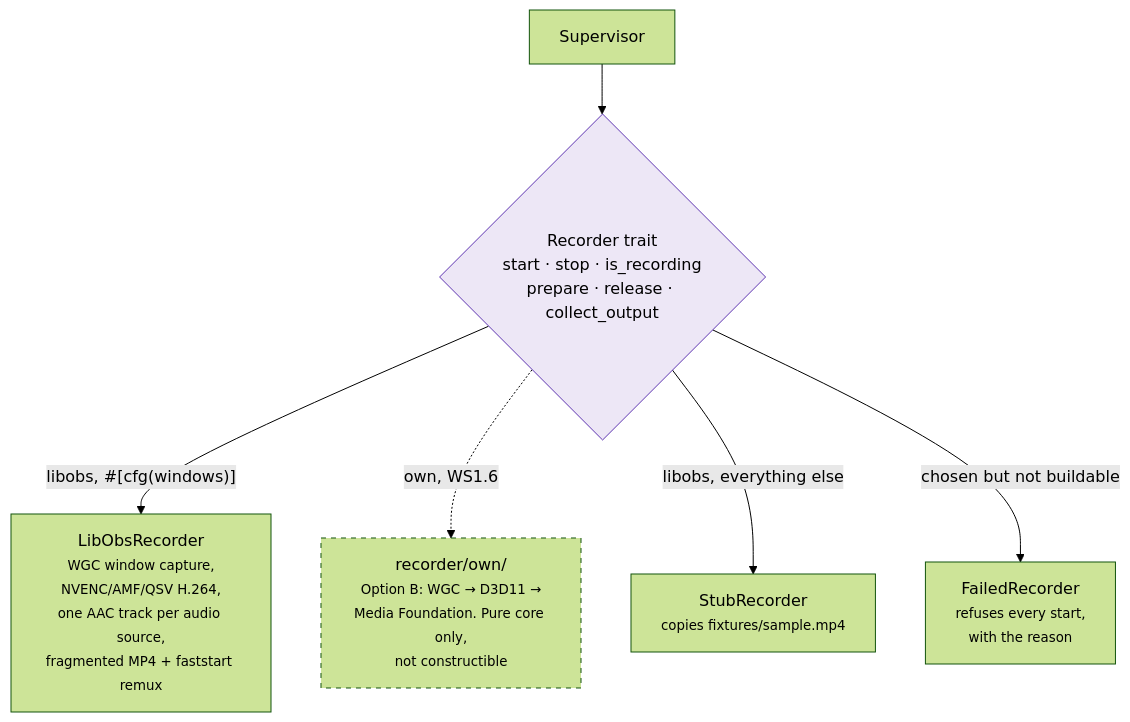
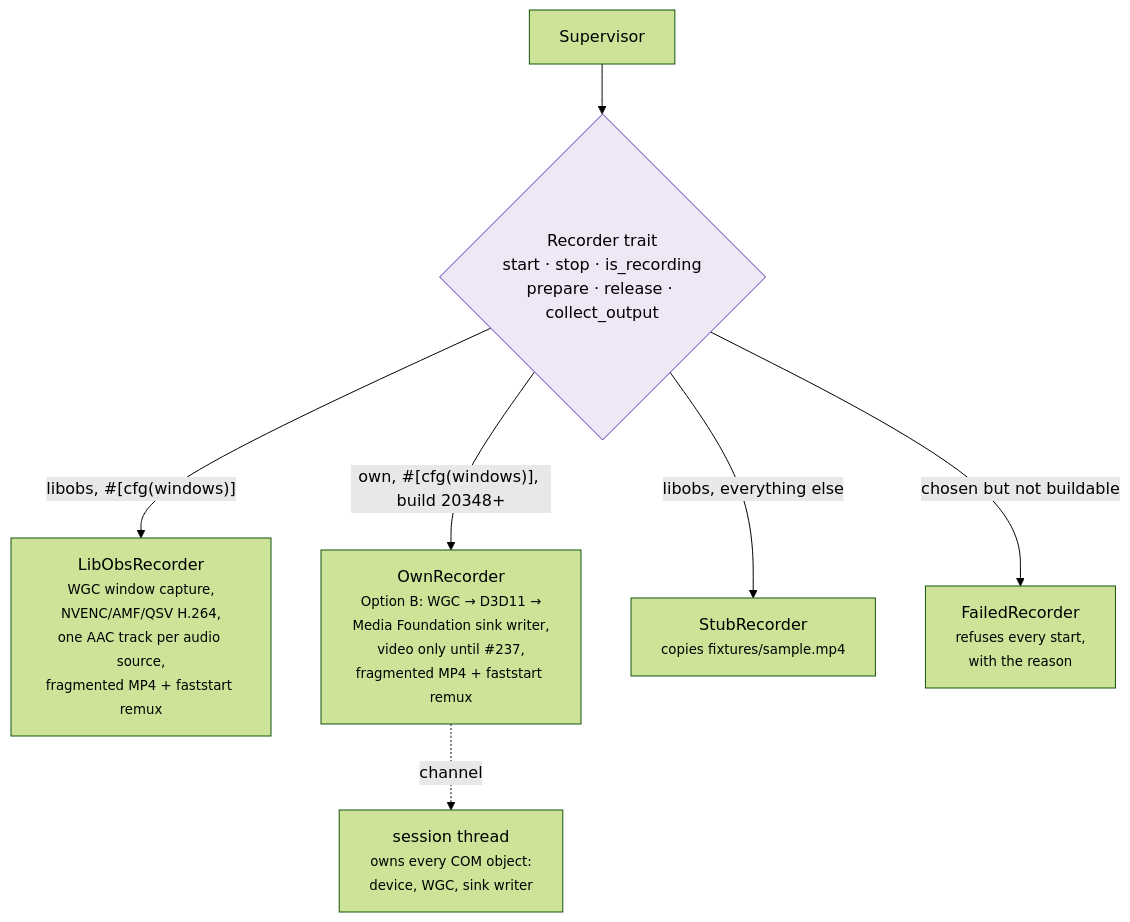
Before and after one commit to NinjaGoldfinch/ninja-recorder: the third of 8 diagrams in docs/architecture.md, drawn with Mermaid (forest theme). The commit also changed other lines of this file and 22 other files, not shown here.

First line of the commit message:
feat(recorder): WGC video into a fragmented MP4 on the own backend (WS1.6.4) (#247)

````diff
--- a/docs/architecture.md
+++ b/docs/architecture.md
@@ -151,10 +153,10 @@
 ```mermaid
 flowchart TB
     SUP["Supervisor"] --> T{"Recorder trait<br/>start · stop · is_recording<br/>prepare · release · collect_output"}
     T -->|"libobs, #[cfg(windows)]"| L["LibObsRecorder<br/><small>WGC window capture,<br/>NVENC/AMF/QSV H.264,<br/>one AAC track per audio source,<br/>fragmented MP4 + faststart remux</small>"]
-    T -.->|"own, WS1.6"| O["recorder/own/<br/><small>Option B: WGC → D3D11 →<br/>Media Foundation. Pure core only,<br/>not constructible</small>"]
+    T -->|"own, #[cfg(windows)], build 20348+"| O["OwnRecorder<br/><small>Option B: WGC → D3D11 →<br/>Media Foundation sink writer,<br/>video only until #237,<br/>fragmented MP4 + faststart remux</small>"]
+    O -.->|"channel"| SES["session thread<br/><small>owns every COM object:<br/>device, WGC, sink writer</small>"]
     T -->|"libobs, everything else"| S["StubRecorder<br/><small>copies fixtures/sample.mp4</small>"]
     T -->|"chosen but not buildable"| F["FailedRecorder<br/><small>refuses every start,<br/>with the reason</small>"]
     style T fill:#ede7f6,stroke:#5e35b1
-    style O stroke-dasharray: 5 5
 ```
````
